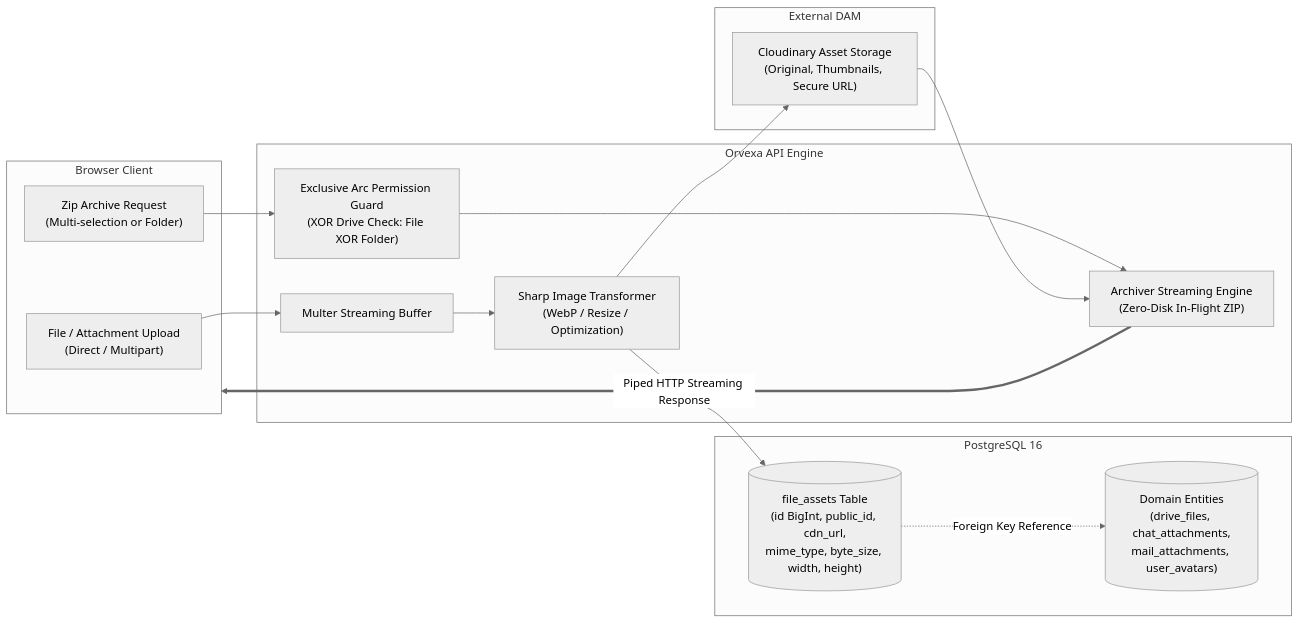
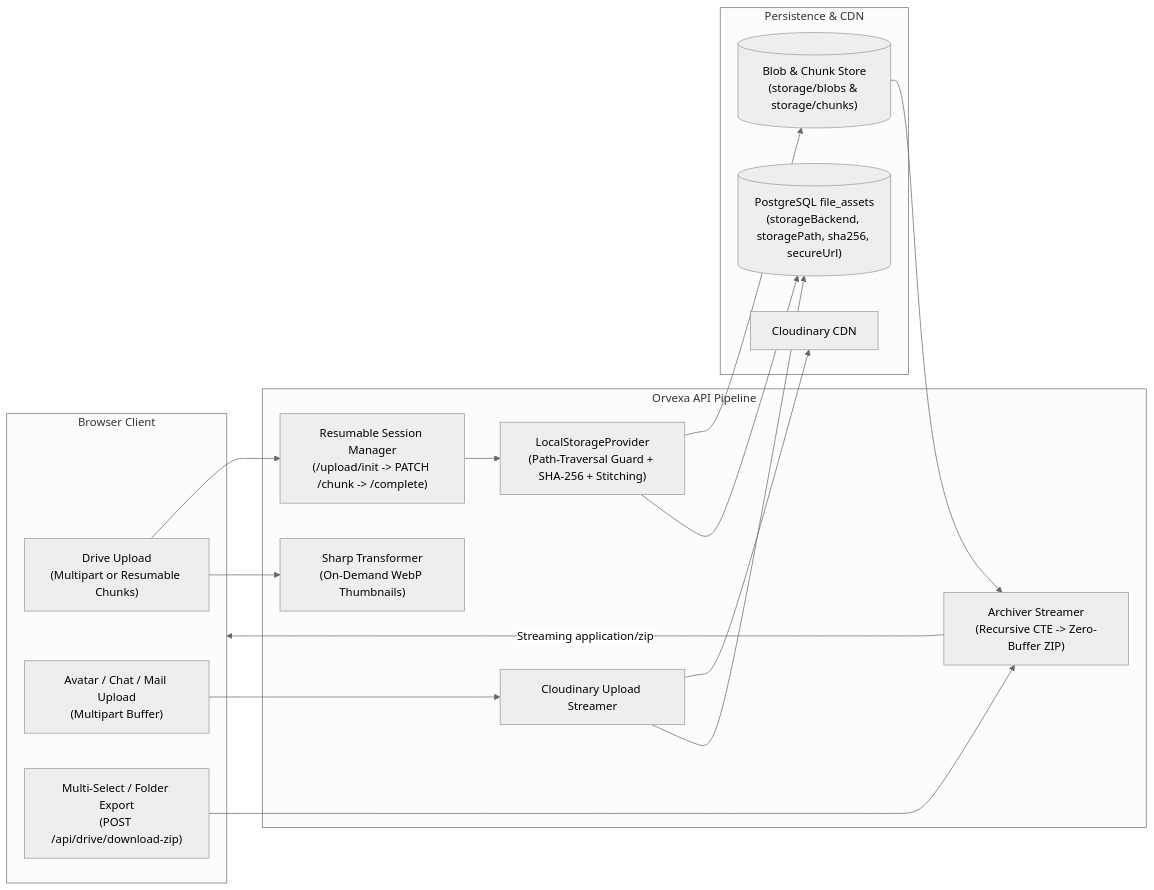
Before and after one commit to VishnuThangaraj/Orvexa: the fourth of 5 diagrams in README.md, drawn with Mermaid (neutral theme). The commit also changed other lines of this file, not shown here.

````diff
--- a/README.md
+++ b/README.md
@@ -289,33 +339,32 @@
 ```mermaid
 flowchart LR
     subgraph Client["Browser Client"]
-        Uploader["File / Attachment Upload\n(Direct / Multipart)"]
-        Downloader["Zip Archive Request\n(Multi-selection or Folder)"]
+        DriveUp["Drive Upload\n(Multipart or Resumable Chunks)"]
+        AssetUp["Avatar / Chat / Mail Upload\n(Multipart Buffer)"]
+        ZipReq["Multi-Select / Folder Export\n(POST /api/drive/download-zip)"]
     end
 
-    subgraph API["Orvexa API Engine"]
-        Multer["Multer Streaming Buffer"]
-        Sharp["Sharp Image Transformer\n(WebP / Resize / Optimization)"]
-        Archiver["Archiver Streaming Engine\n(Zero-Disk In-Flight ZIP)"]
-        PermEngine["Exclusive Arc Permission Guard\n(XOR Drive Check: File XOR Folder)"]
+    subgraph API["Orvexa API Pipeline"]
+        UploadInit["Resumable Session Manager\n(/upload/init -> PATCH /chunk -> /complete)"]
+        LocalFS["LocalStorageProvider\n(Path-Traversal Guard + SHA-256 + Stitching)"]
+        Sharp["Sharp Transformer\n(On-Demand WebP Thumbnails)"]
+        Archiver["Archiver Streamer\n(Recursive CTE -> Zero-Buffer ZIP)"]
+        CldSvc["Cloudinary Upload Streamer"]
     end
 
-    subgraph Cloud["External DAM"]
-        CloudinaryCDN["Cloudinary Asset Storage\n(Original, Thumbnails, Secure URL)"]
+    subgraph Store["Persistence & CDN"]
+        PG[("PostgreSQL file_assets\n(storageBackend, storagePath, sha256, secureUrl)")]
+        Disk[("Blob & Chunk Store\n(storage/blobs & storage/chunks)")]
+        CDN["Cloudinary CDN"]
     end
 
-    subgraph DB["PostgreSQL 16"]
-        AssetsTable[("file_assets Table\n(id BigInt, public_id, cdn_url,\nmime_type, byte_size, width, height)")]
-        DomainTables[("Domain Entities\n(drive_files, chat_attachments,\nmail_attachments, user_avatars)")]
-    end
+    DriveUp --> UploadInit --> LocalFS --> Disk
+    LocalFS --> PG
+    DriveUp --> Sharp
 
-    Uploader --> Multer --> Sharp
-    Sharp --> CloudinaryCDN
-    Sharp --> AssetsTable
-    AssetsTable -. "Foreign Key Reference" .-> DomainTables
+    AssetUp --> CldSvc --> CDN
+    CldSvc --> PG
 
-    Downloader --> PermEngine
-    PermEngine --> Archiver
-    CloudinaryCDN --> Archiver
-    Archiver ==> |"Piped HTTP Streaming Response"| Client
+    ZipReq --> Archiver
+    Disk --> Archiver --> |"Streaming application/zip"| Client
 ```
````
